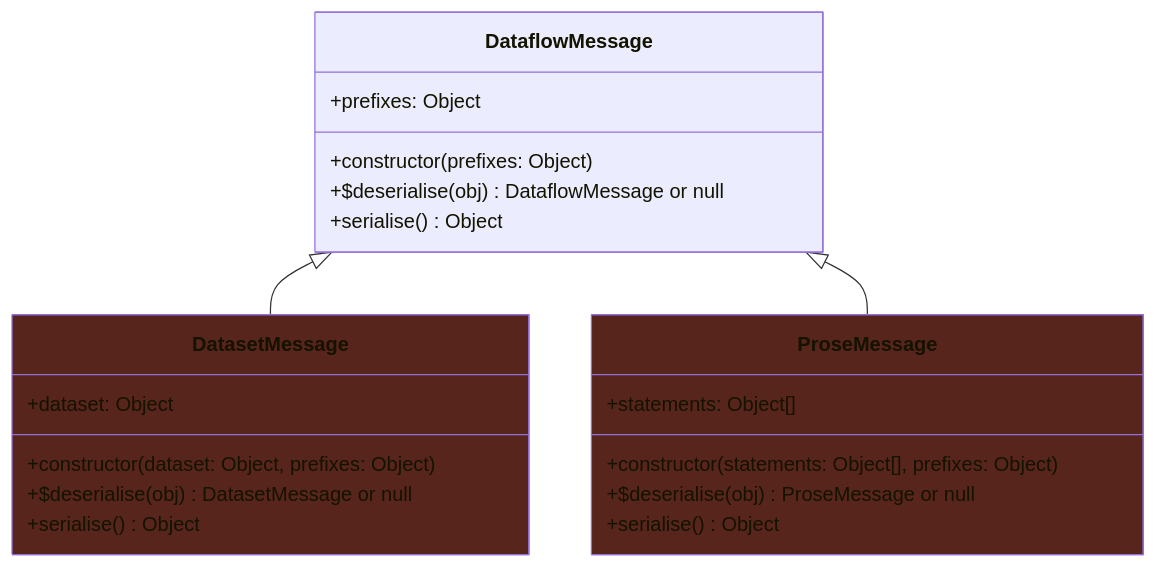
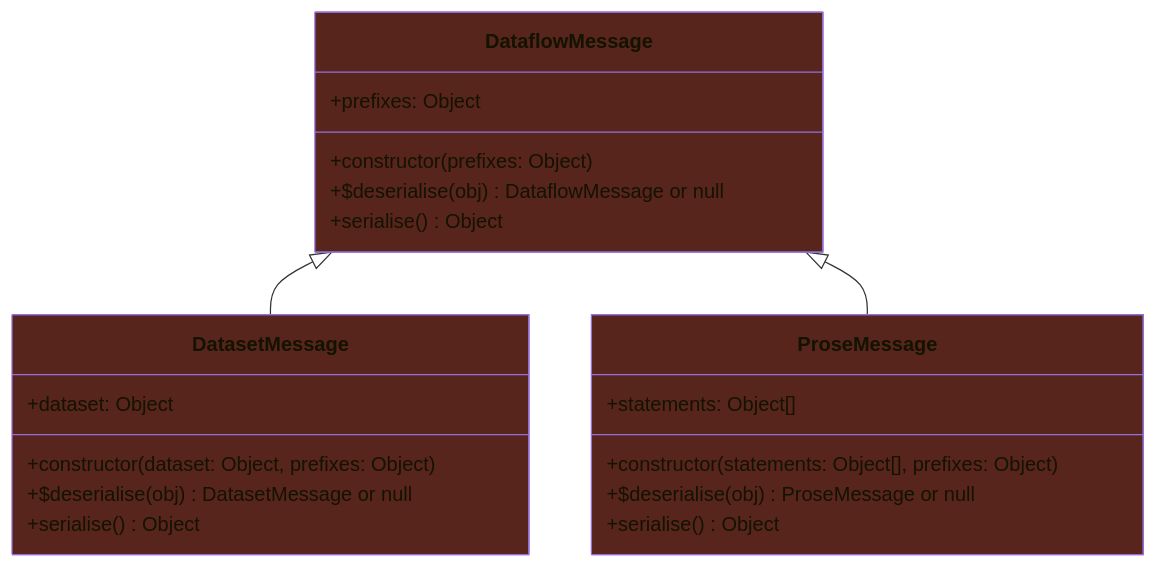
One commit to doga/rdf-dataflow changed the first of 2 diagrams in README.md. Above: the diagram before and after it, drawn with Mermaid.

````diff
--- a/README.md
+++ b/README.md
@@ -133,26 +133,27 @@
 ```mermaid
 classDiagram
   DataflowMessage <|-- DatasetMessage
   DataflowMessage <|-- ProseMessage
   class DataflowMessage {
    +prefixes: Object
    +constructor(prefixes: Object)
    +$deserialise(obj) DataflowMessage or null
    +serialise() Object
   }
   class DatasetMessage {
    +dataset: Object
    +constructor(dataset: Object, prefixes: Object)
    +$deserialise(obj) DatasetMessage or null
    +serialise() Object
   }
   class ProseMessage {
    +statements: Object[]
    +constructor(statements: Object[], prefixes: Object)
    +$deserialise(obj) ProseMessage or null
    +serialise() Object
   }
 
+  style DataflowMessage fill:#58251C
   style DatasetMessage fill:#58251C
   style ProseMessage fill:#58251C
 ```
````
